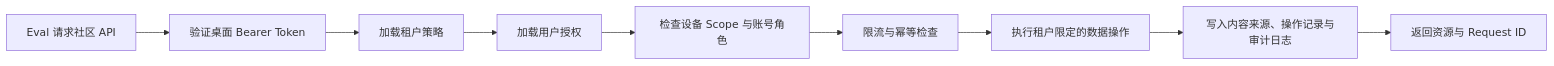
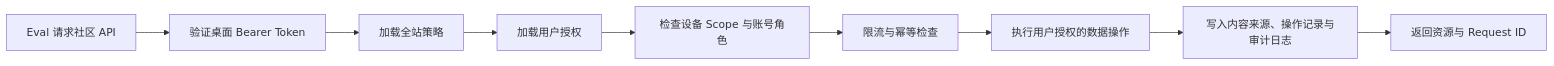
One commit to Tab-cloud/eval changed the diagram in docs/EVAL_COMMUNITY_AUTOMATION_API_PLAN.md. Above: the diagram before and after it, drawn with Mermaid. The commit also changed other lines of this file and 51 other files, not shown here.

````diff
--- a/docs/EVAL_COMMUNITY_AUTOMATION_API_PLAN.md
+++ b/docs/EVAL_COMMUNITY_AUTOMATION_API_PLAN.md
@@ -489,11 +484,11 @@
 ```mermaid
 flowchart LR
     A["Eval 请求社区 API"] --> B["验证桌面 Bearer Token"]
-    B --> C["加载租户策略"]
+    B --> C["加载全站策略"]
     C --> D["加载用户授权"]
     D --> E["检查设备 Scope 与账号角色"]
     E --> F["限流与幂等检查"]
-    F --> G["执行租户限定的数据操作"]
+    F --> G["执行用户授权的数据操作"]
     G --> H["写入内容来源、操作记录与审计日志"]
     H --> I["返回资源与 Request ID"]
 ```
````
